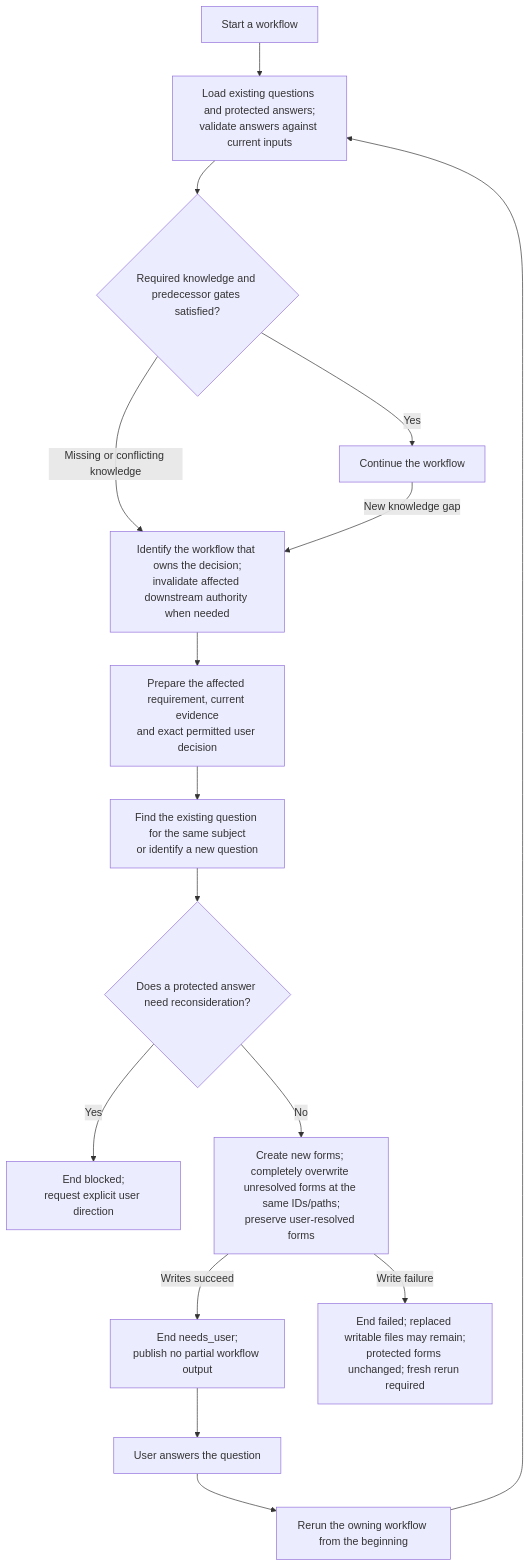
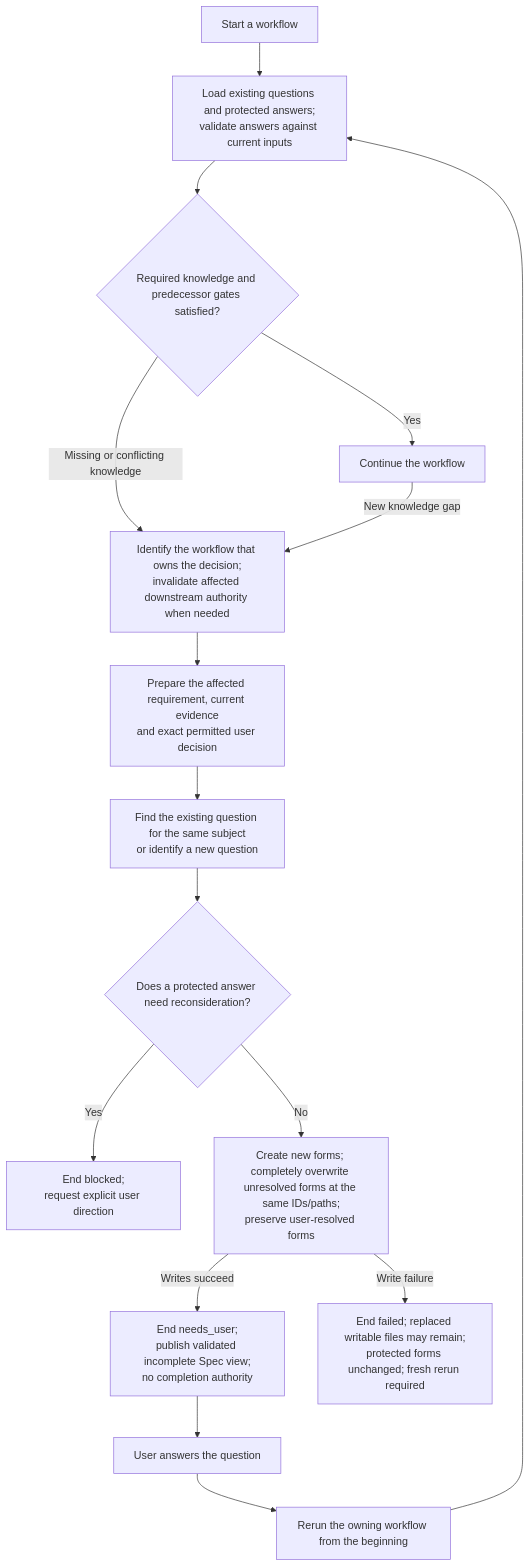
Before and after one commit to littledespot/sdde: the diagram in design/diagrams/07-clarification-lifecycle.md, drawn with Mermaid. The commit also changed 129 other files, not shown here.

````diff
--- a/design/diagrams/07-clarification-lifecycle.md
+++ b/design/diagrams/07-clarification-lifecycle.md
@@ -3,18 +3,18 @@
 ```mermaid
 flowchart TD
     START["Start a workflow"] --> LOAD["Load existing questions and protected answers;<br/>validate answers against current inputs"]
     LOAD --> GATE{"Required knowledge and predecessor gates satisfied?"}
     GATE -->|Yes| RUN["Continue the workflow"]
     GATE -->|Missing or conflicting knowledge| OWNER["Identify the workflow that owns the decision;<br/>invalidate affected downstream authority when needed"]
     RUN -->|New knowledge gap| OWNER
     OWNER --> PREPARE["Prepare the affected requirement, current evidence<br/>and exact permitted user decision"]
     PREPARE --> SUBJECT["Find the existing question for the same subject<br/>or identify a new question"]
     SUBJECT --> PROTECTED{"Does a protected answer need reconsideration?"}
     PROTECTED -->|Yes| BLOCKED["End blocked;<br/>request explicit user direction"]
     PROTECTED -->|No| SAVE["Create new forms; completely overwrite unresolved forms at the same IDs/paths;<br/>preserve user-resolved forms"]
-    SAVE -->|Writes succeed| WAIT["End needs_user;<br/>publish no partial workflow output"]
+    SAVE -->|Writes succeed| WAIT["End needs_user;<br/>publish validated incomplete Spec view;<br/>no completion authority"]
     SAVE -->|Write failure| FAIL["End failed; replaced writable files may remain;<br/>protected forms unchanged; fresh rerun required"]
     WAIT --> USER["User answers the question"]
     USER --> RERUN["Rerun the owning workflow from the beginning"]
     RERUN --> LOAD
 ```
````
